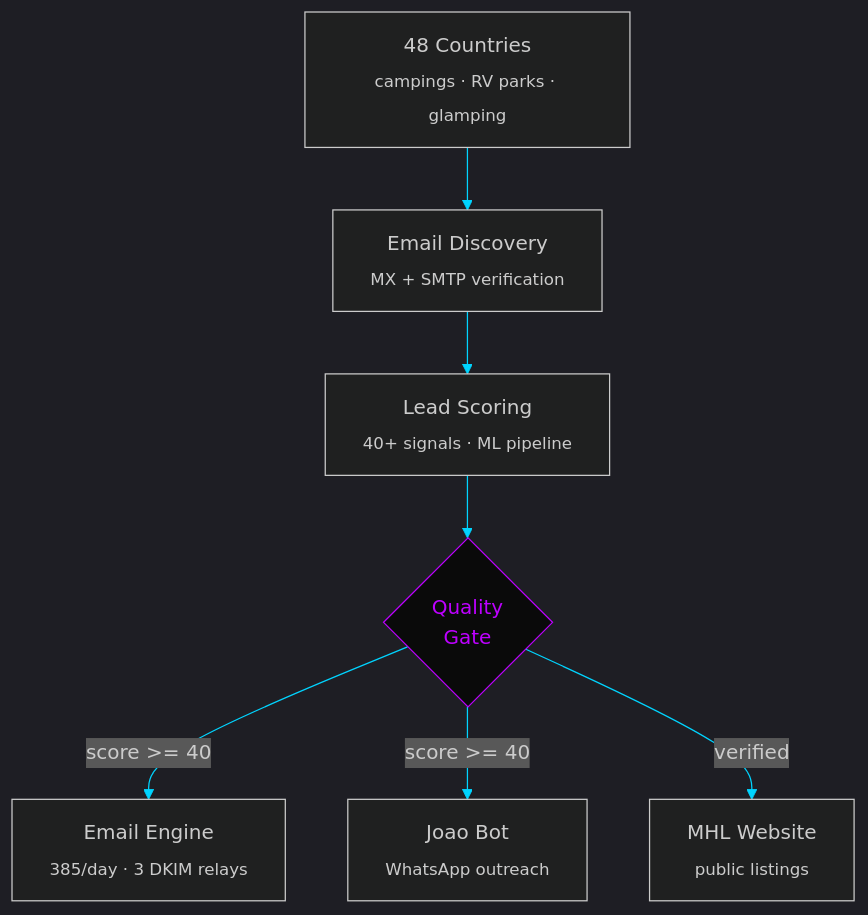
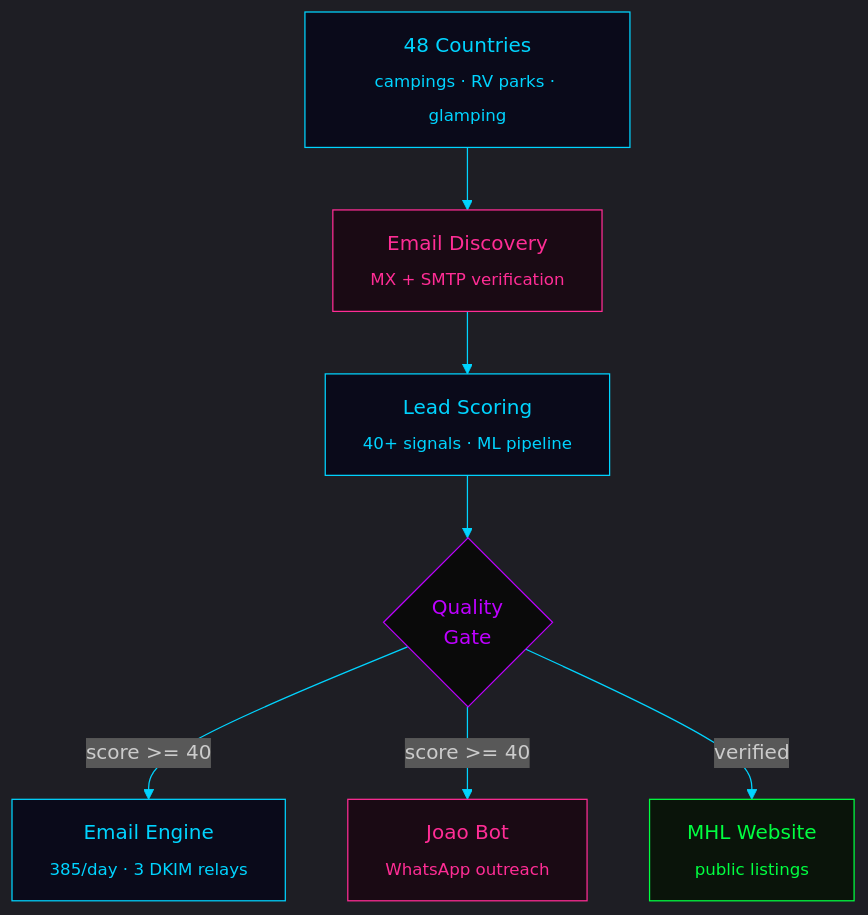
The second of 2 diagrams in README.md (MatheusAgueda/MatheusAgueda), drawn with Mermaid before and after one commit. The commit also changed other lines of this file, not shown here.

Commit message:
fix: neon colors in Mermaid flowchart + GeoJSON map markers

````diff
--- a/README.md
+++ b/README.md
@@ -198,23 +198,24 @@
 ```mermaid
 %%{init: {'theme': 'dark', 'themeVariables': {
   'primaryColor': '#FF2D95',
   'primaryTextColor': '#cccccc',
   'primaryBorderColor': '#BD00FF',
   'lineColor': '#00D4FF',
   'secondaryColor': '#111122',
   'tertiaryColor': '#0d0d1a'
 }}}%%
 
 flowchart TB
-  SCRAPE["48 Countries<br/><sub>campings · RV parks · glamping</sub>"]:::green
-  --> ENRICH["Email Discovery<br/><sub>MX + SMTP verification</sub>"]:::gold
-  --> SCORE["Lead Scoring<br/><sub>40+ signals · ML pipeline</sub>"]:::green
+  SCRAPE["48 Countries<br/><sub>campings · RV parks · glamping</sub>"]:::cyan
+  --> ENRICH["Email Discovery<br/><sub>MX + SMTP verification</sub>"]:::pink
+  --> SCORE["Lead Scoring<br/><sub>40+ signals · ML pipeline</sub>"]:::cyan
   --> GATE{"Quality<br/>Gate"}:::gate
-  GATE -->|"score >= 40"| SEND["Email Engine<br/><sub>385/day · 3 DKIM relays</sub>"]:::green
-  GATE -->|"score >= 40"| WA["Joao Bot<br/><sub>WhatsApp outreach</sub>"]:::gold
-  GATE -->|"verified"| MHL["MHL Website<br/><sub>public listings</sub>"]:::green
+  GATE -->|"score >= 40"| SEND["Email Engine<br/><sub>385/day · 3 DKIM relays</sub>"]:::cyan
+  GATE -->|"score >= 40"| WA["Joao Bot<br/><sub>WhatsApp outreach</sub>"]:::pink
+  GATE -->|"verified"| MHL["MHL Website<br/><sub>public listings</sub>"]:::neon
 
   classDef pink fill:#1a0a14,stroke:#FF2D95,color:#FF2D95
-  classDef purple fill:#140a1a,stroke:#BD00FF,color:#BD00FF
+  classDef cyan fill:#0a0a1a,stroke:#00D4FF,color:#00D4FF
+  classDef neon fill:#0a140a,stroke:#00ff41,color:#00ff41
   classDef gate fill:#0a0a0a,stroke:#BD00FF,color:#BD00FF
 ```
````
